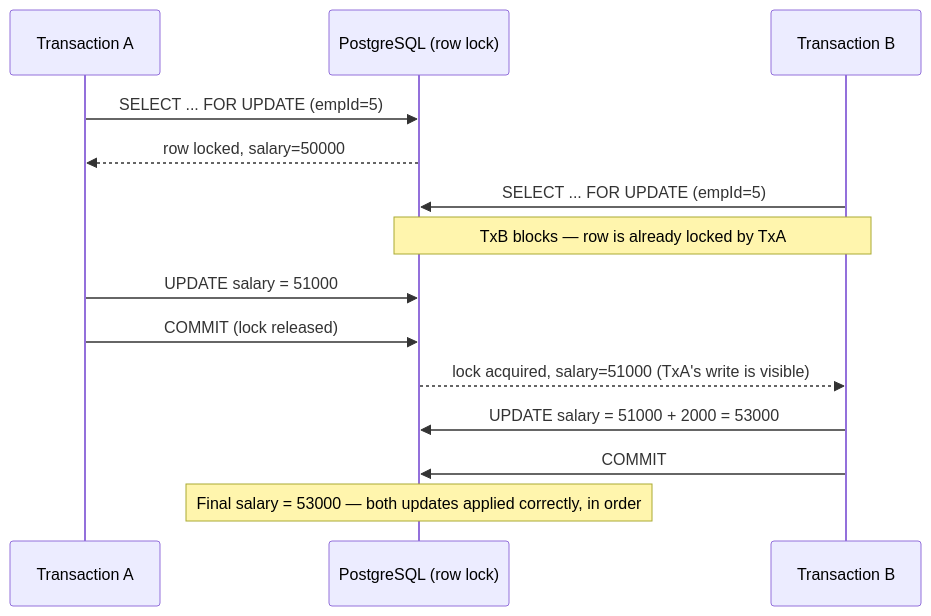
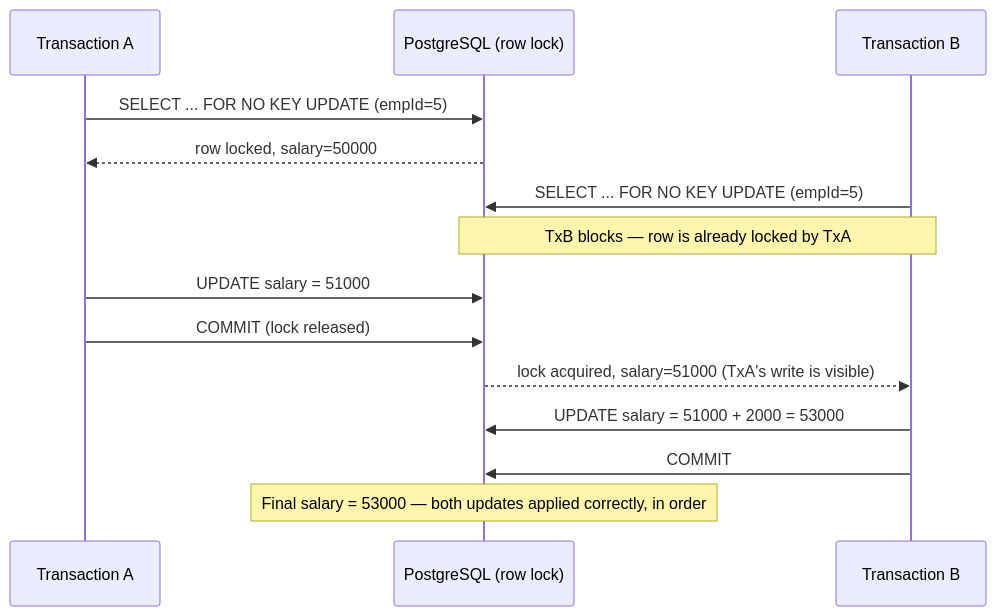
Before and after one commit to himnay/learning-database: diagram 16 of 26 in database-core/README.md, drawn with Mermaid. The commit also changed other lines of this file and 3 other files, not shown here.

````diff
--- a/database-core/README.md
+++ b/database-core/README.md
@@ -1761,17 +1720,17 @@
 ```mermaid
 sequenceDiagram
     participant TxA as Transaction A
     participant DB as PostgreSQL (row lock)
     participant TxB as Transaction B
 
-    TxA->>DB: SELECT ... FOR UPDATE (empId=5)
+    TxA->>DB: SELECT ... FOR NO KEY UPDATE (empId=5)
     DB-->>TxA: row locked, salary=50000
-    TxB->>DB: SELECT ... FOR UPDATE (empId=5)
+    TxB->>DB: SELECT ... FOR NO KEY UPDATE (empId=5)
     Note over TxB,DB: TxB blocks — row is already locked by TxA
     TxA->>DB: UPDATE salary = 51000
     TxA->>DB: COMMIT (lock released)
     DB-->>TxB: lock acquired, salary=51000 (TxA's write is visible)
     TxB->>DB: UPDATE salary = 51000 + 2000 = 53000
     TxB->>DB: COMMIT
     Note over DB: Final salary = 53000 — both updates applied correctly, in order
 ```
````
